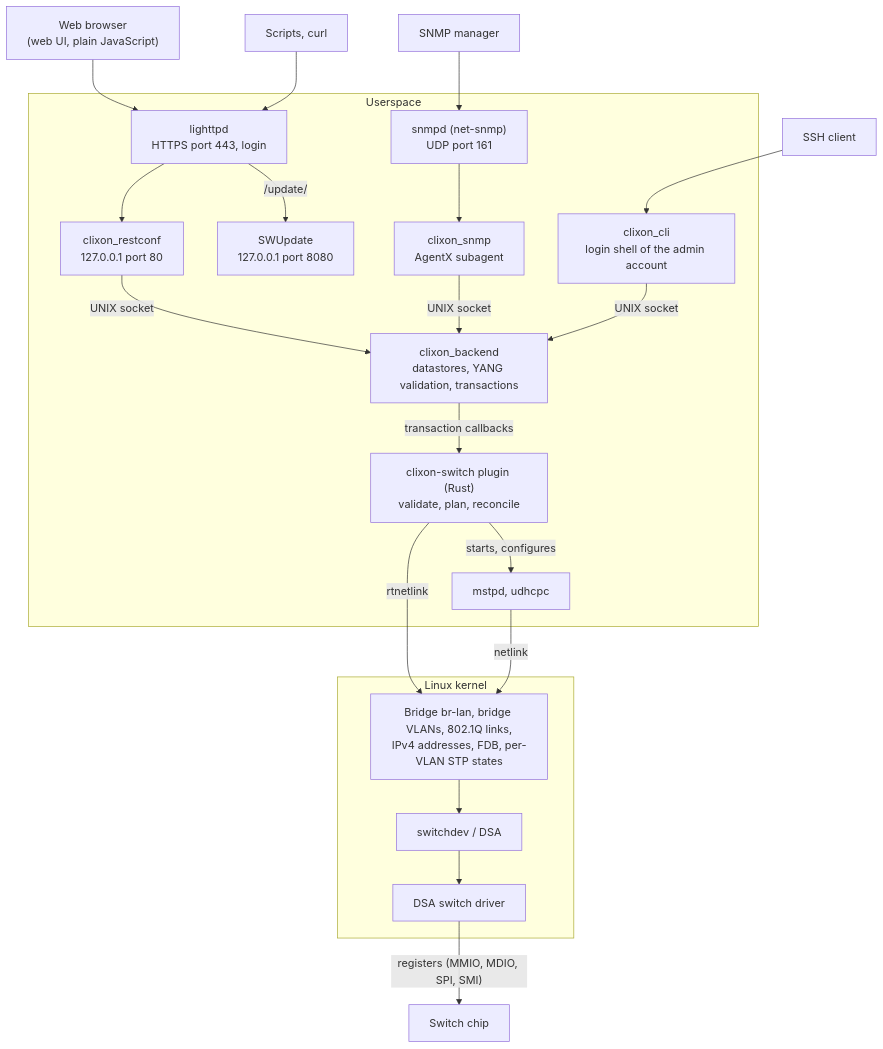
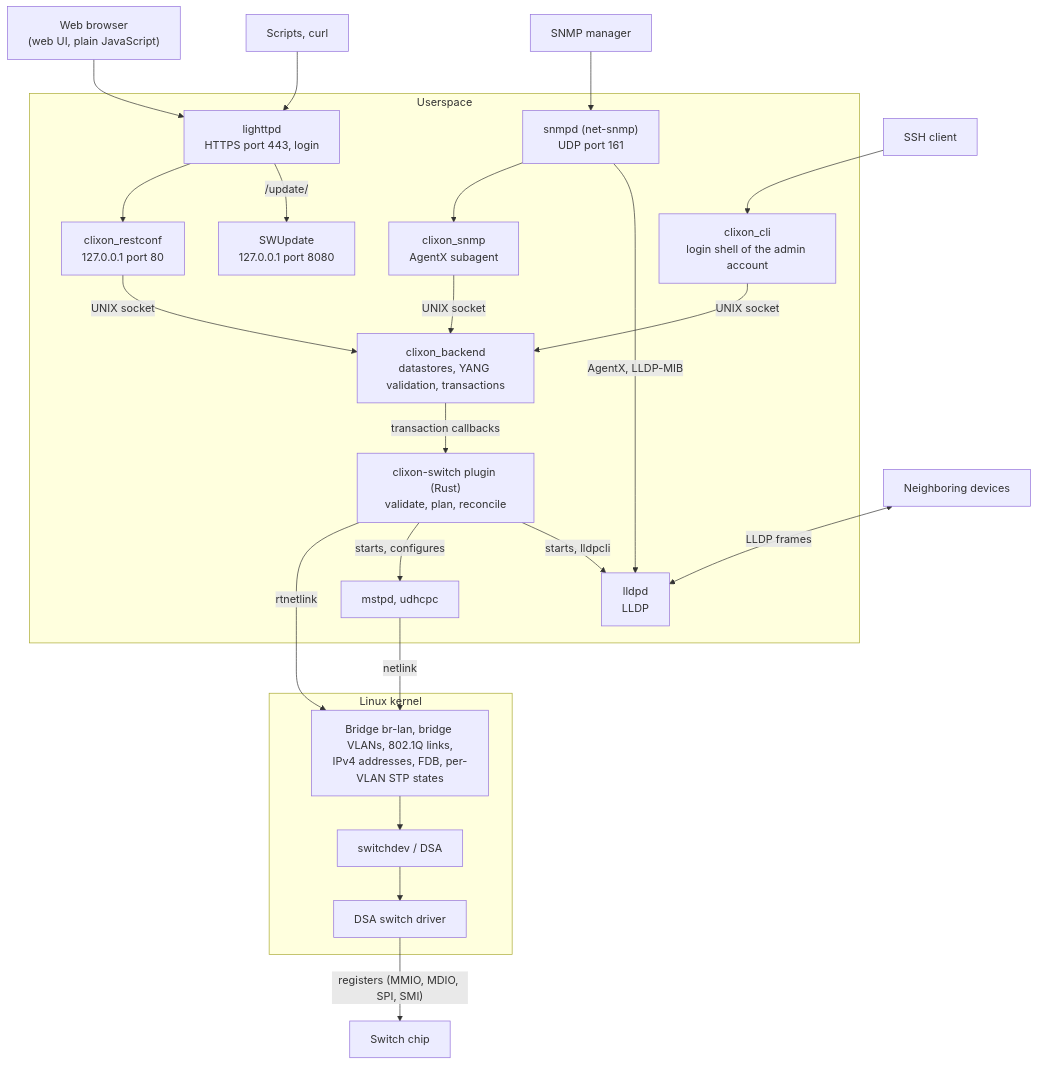
Before and after one commit to AlbrechtL/ethernet-switch-os: the first of 2 diagrams in docs/development/architecture.md, drawn with Mermaid. The commit also changed other lines of this file and 13 other files, not shown here.

````diff
--- a/docs/development/architecture.md
+++ b/docs/development/architecture.md
@@ -33,42 +33,47 @@
 ```mermaid
 flowchart TB
     browser["Web browser<br/>(web UI, plain JavaScript)"]
     script["Scripts, curl"]
     ssh["SSH client"]
     nms["SNMP manager"]
+    neighbors["Neighboring devices"]
 
     subgraph user["Userspace"]
         lighttpd["lighttpd<br/>HTTPS port 443, login"]
         restconf["clixon_restconf<br/>127.0.0.1 port 80"]
         swupdate["SWUpdate<br/>127.0.0.1 port 8080"]
         cli["clixon_cli<br/>login shell of the admin account"]
         snmpd["snmpd (net-snmp)<br/>UDP port 161"]
         clixon_snmp["clixon_snmp<br/>AgentX subagent"]
         backend["clixon_backend<br/>datastores, YANG validation, transactions"]
         plugin["clixon-switch plugin (Rust)<br/>validate, plan, reconcile"]
         helpers["mstpd, udhcpc"]
+        lldpd["lldpd<br/>LLDP"]
     end
 
     subgraph kernel["Linux kernel"]
         net["Bridge br-lan, bridge VLANs, 802.1Q links,<br/>IPv4 addresses, FDB, per-VLAN STP states"]
         switchdev["switchdev / DSA"]
         driver["DSA switch driver"]
     end
 
     asic["Switch chip"]
 
     browser --> lighttpd
     script --> lighttpd
     lighttpd --> restconf
     lighttpd -- "/update/" --> swupdate
     ssh --> cli
     nms --> snmpd --> clixon_snmp
+    snmpd -- "AgentX, LLDP-MIB" --> lldpd
+    neighbors <-->|LLDP frames| lldpd
     restconf -- "UNIX socket" --> backend
     cli -- "UNIX socket" --> backend
     clixon_snmp -- "UNIX socket" --> backend
     backend -- "transaction callbacks" --> plugin
     plugin -- "rtnetlink" --> net
     plugin -- "starts, configures" --> helpers
+    plugin -- "starts, lldpcli" --> lldpd
     helpers -- "netlink" --> net
     net --> switchdev --> driver -- "registers (MMIO, MDIO, SPI, SMI)" --> asic
 ```
````
